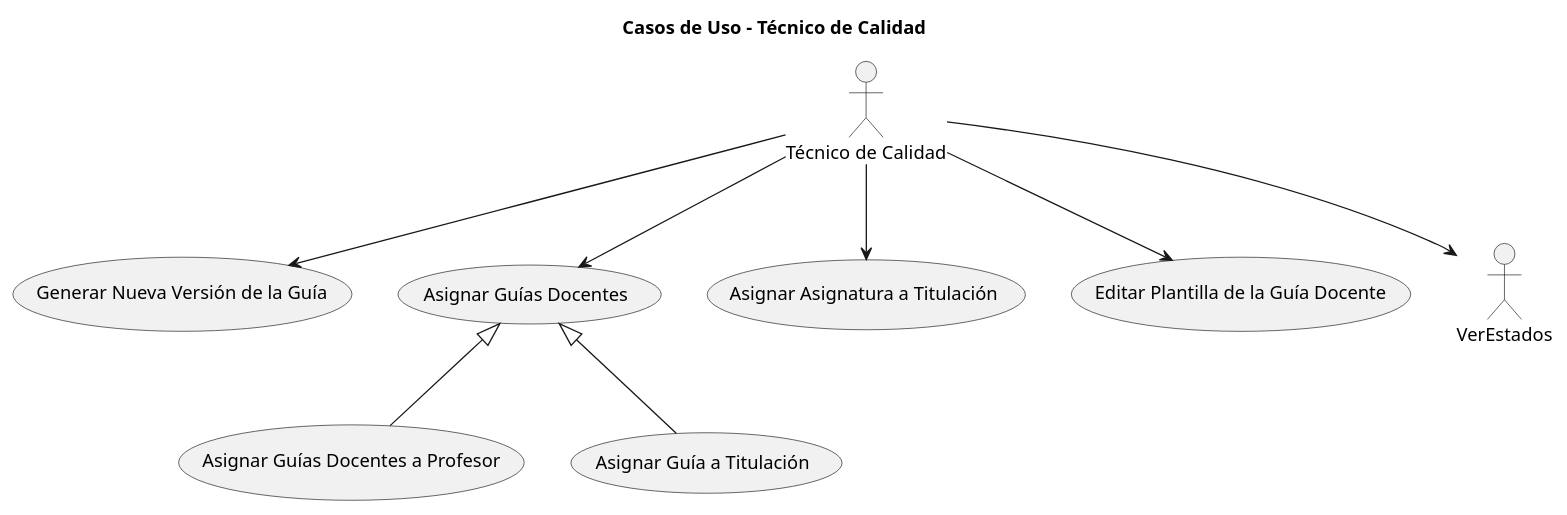
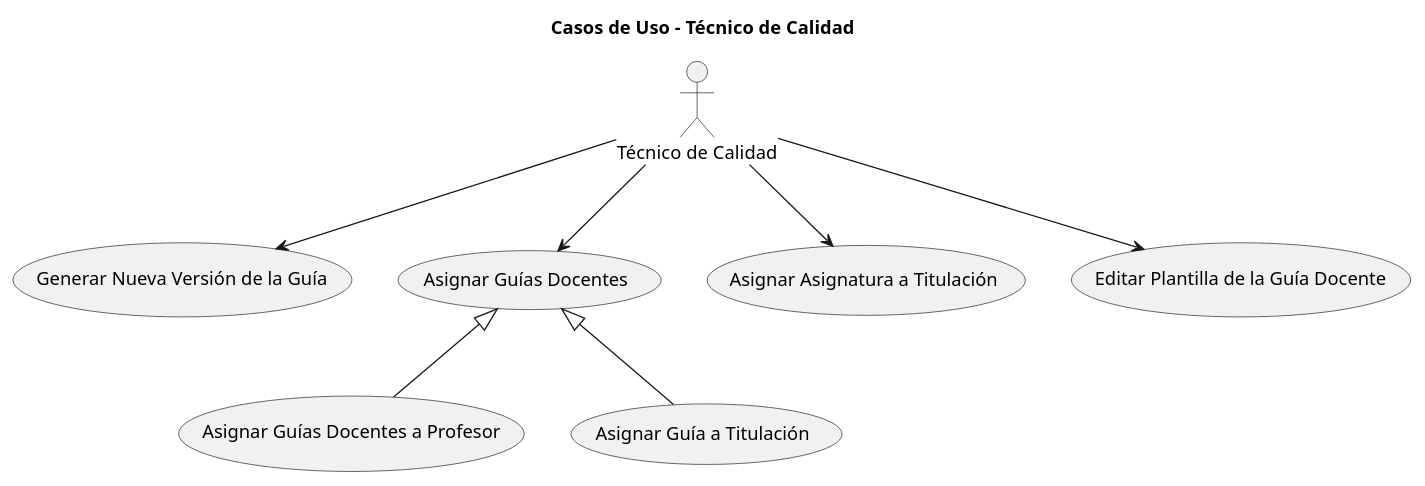
Before and after one commit to mmasias/24-25-IdSw1-SDR: the diagram in CasosDeUso/diagramasEstructurarModelos/TecnicoCalidad.puml, drawn with PlantUML.

```diff
--- a/CasosDeUso/diagramasEstructurarModelos/TecnicoCalidad.puml
+++ b/CasosDeUso/diagramasEstructurarModelos/TecnicoCalidad.puml
@@ -1,23 +1,23 @@
 @startuml
 
 title Casos de Uso - Técnico de Calidad
 
 actor "Técnico de Calidad" as TecnicoCalidad
 
 usecase "Generar Nueva Versión de la Guía" as GenerarVersion
 usecase "Asignar Guías Docentes" as AsignarGuias
 usecase "Asignar Guías Docentes a Profesor" as AsignarGuiaProfesor
 usecase "Asignar Guía a Titulación" as AsignarGuiaTitulacion
 usecase "Asignar Asignatura a Titulación" as AsignarAsignaturaTitulacion
 usecase "Editar Plantilla de la Guía Docente" as EditarPlantilla
 
 TecnicoCalidad --> GenerarVersion
 TecnicoCalidad --> AsignarGuias
 TecnicoCalidad --> AsignarAsignaturaTitulacion
 TecnicoCalidad --> EditarPlantilla
-TecnicoCalidad --> VerEstados
+
 
 AsignarGuias <|-- AsignarGuiaProfesor
 AsignarGuias <|-- AsignarGuiaTitulacion
 
 @enduml
```
